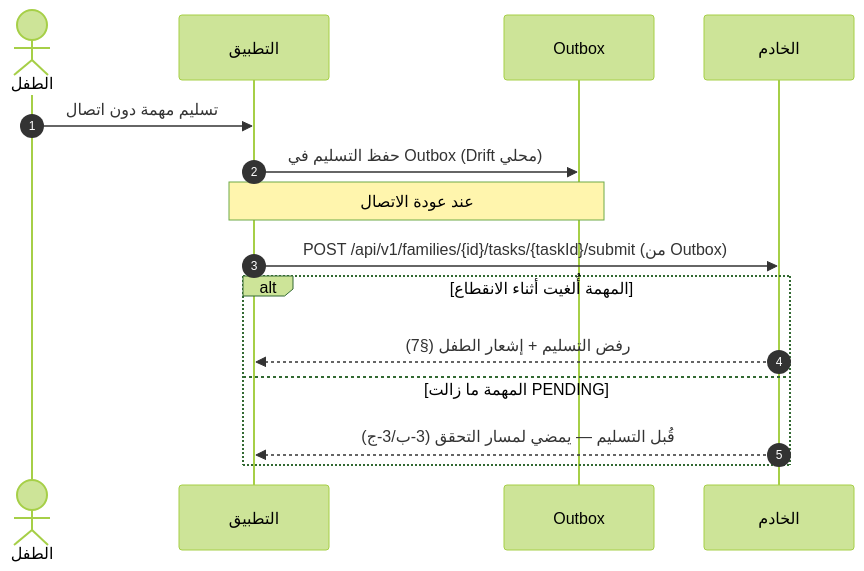
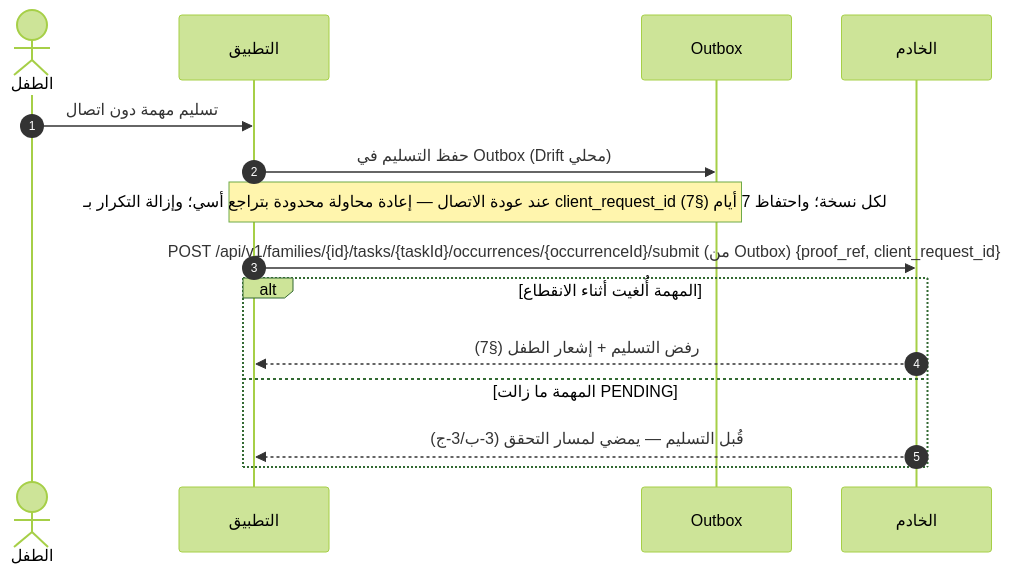
One commit to Bassam-mohammed-alqaeadi/family-os-v2 changed the eighth of 12 diagrams in docs/family-os/governance/phases/phase-1/S1-06-tasks-and-calendar/DIAGRAMS.md. Above: the diagram before and after it, drawn with Mermaid (forest theme). The commit also changed other lines of this file and 6 other files, not shown here.

````diff
--- a/docs/family-os/governance/phases/phase-1/S1-06-tasks-and-calendar/DIAGRAMS.md
+++ b/docs/family-os/governance/phases/phase-1/S1-06-tasks-and-calendar/DIAGRAMS.md
@@ -312,17 +318,17 @@
 ```mermaid
 sequenceDiagram
     autonumber
     actor Child as الطفل
     participant App as التطبيق
     participant OB as Outbox
     participant Ktor as الخادم
     Child->>App: تسليم مهمة دون اتصال
     App->>OB: حفظ التسليم في Outbox (Drift محلي)
-    Note over App,OB: عند عودة الاتصال
-    App->>Ktor: POST /api/v1/families/{id}/tasks/{taskId}/submit (من Outbox)
+    Note over App,OB: عند عودة الاتصال — إعادة محاولة محدودة بتراجع أسي؛ وإزالة التكرار بـ client_request_id لكل نسخة؛ واحتفاظ 7 أيام (§7)
+    App->>Ktor: POST /api/v1/families/{id}/tasks/{taskId}/occurrences/{occurrenceId}/submit (من Outbox) {proof_ref, client_request_id}
     alt المهمة أُلغيت أثناء الانقطاع
         Ktor-->>App: رفض التسليم + إشعار الطفل (§7)
     else المهمة ما زالت PENDING
         Ktor-->>App: قُبل التسليم — يمضي لمسار التحقق (3-ب/3-ج)
     end
 ```
````
